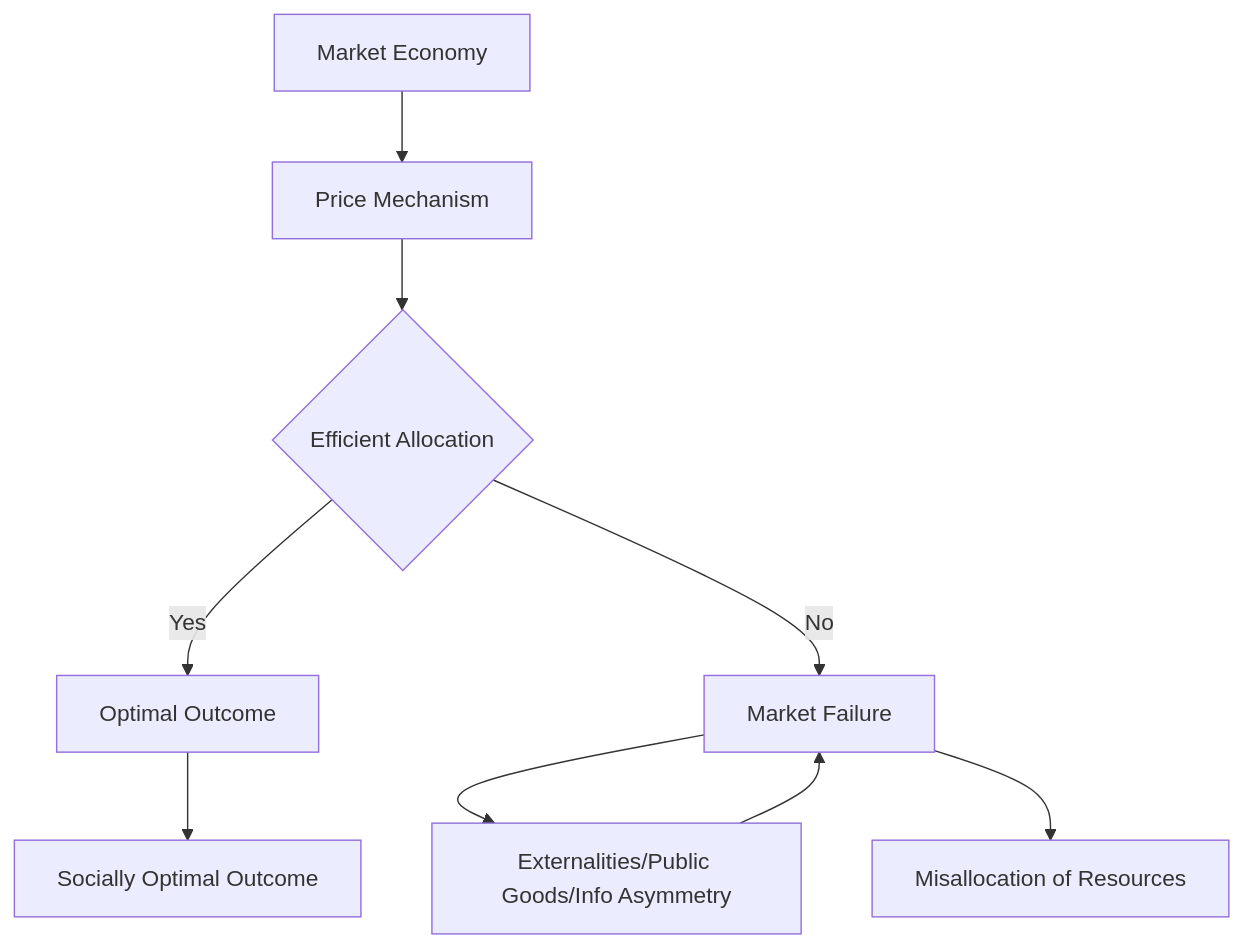
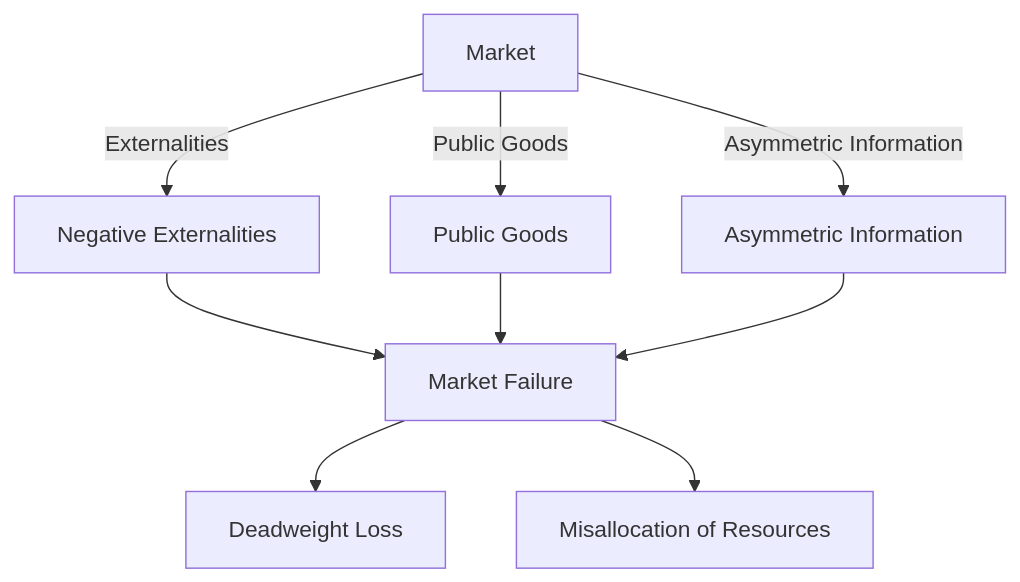
The diagram in Obsidian_Vault/2-Academic/Winter 2026/Economics/1_Basics_Of_Economics/Market_Failure.md (DagimAlemayehuu/Ater), drawn with Mermaid before and after one commit. The commit also changed other lines of this file and 71 other files, not shown here.

````diff
--- a/Obsidian_Vault/2-Academic/Winter 2026/Economics/1_Basics_Of_Economics/Market_Failure.md
+++ b/Obsidian_Vault/2-Academic/Winter 2026/Economics/1_Basics_Of_Economics/Market_Failure.md
@@ -46,13 +44,13 @@
 ```mermaid
 
 graph TD
-    A[Market Economy] --> B[Price Mechanism]
-    B --> C{Efficient Allocation}
-    C -->|Yes| D[Optimal Outcome]
-    C -->|No| E[Market Failure]
-    E --> F[Externalities/Public Goods/Info Asymmetry]
-    F --> E
-    D --> G[Socially Optimal Outcome]
-    E --> H[Misallocation of Resources]
+    A[Market] -->|Externalities| B[Negative Externalities]
+    A -->|Public Goods| C[Public Goods]
+    A -->|Asymmetric Information| D[Asymmetric Information]
+    B --> E[Market Failure]
+    C --> E
+    D --> E
+    E --> F[Deadweight Loss]
+    E --> G[Misallocation of Resources]
 
 ```
````
